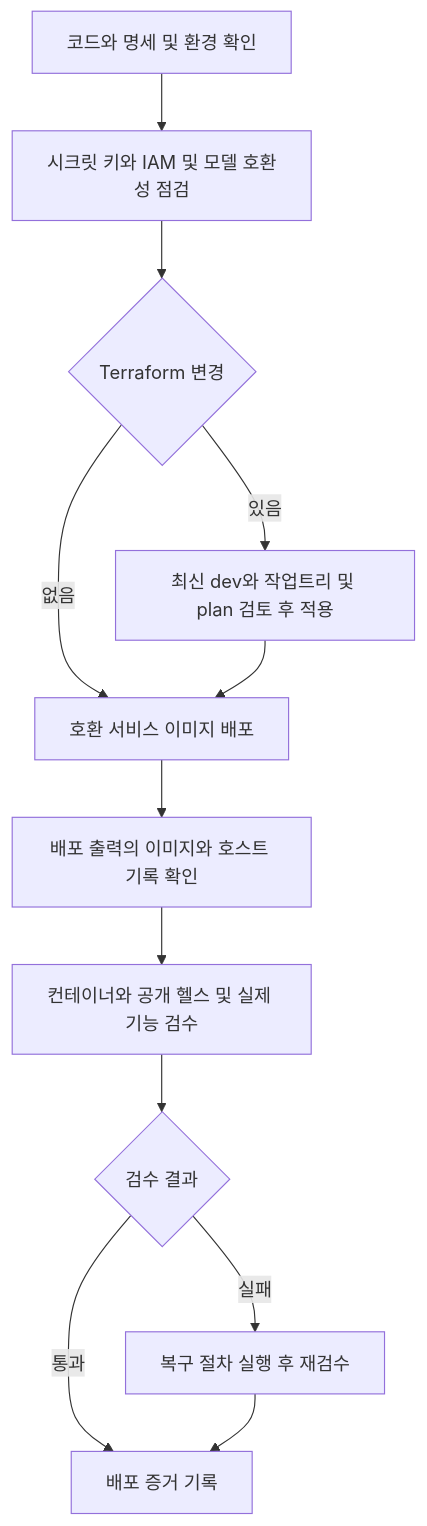
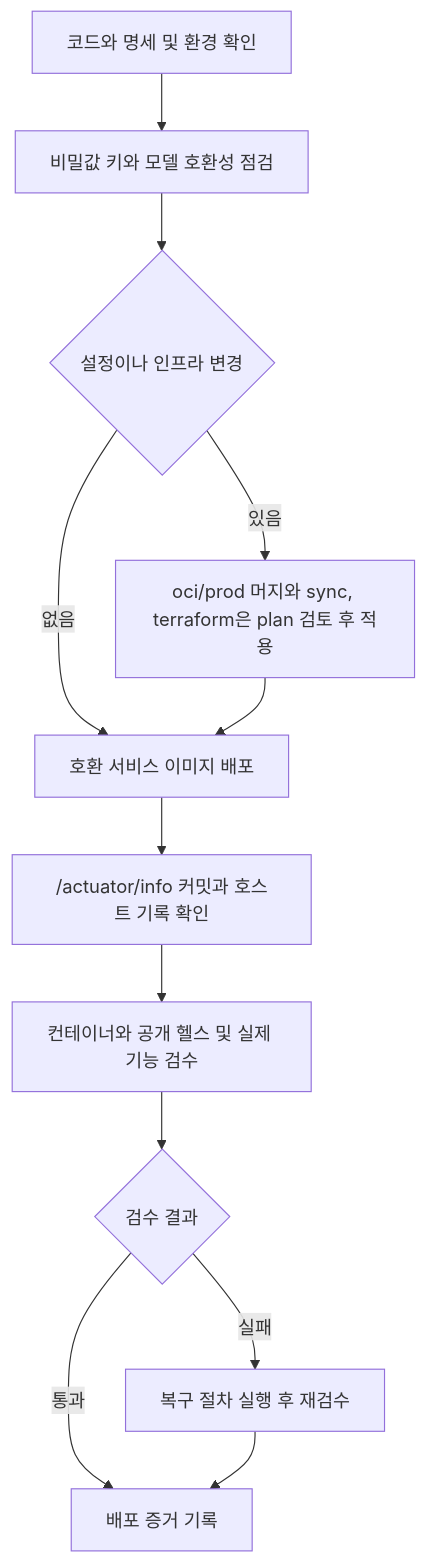
One commit to KIM-N-KANG/knk-harness changed the second of 5 diagrams in docs/operations/DEPLOYMENT.md. Above: the diagram before and after it, drawn with Mermaid. The commit also changed other lines of this file and 1 other file, not shown here.

Commit message:
[KNK-2140] Docs: 운영 배포 문서를 OCI 운영 호스트 기준으로 고치고 DPL-D09, D10을 더함

````diff
--- a/docs/operations/DEPLOYMENT.md
+++ b/docs/operations/DEPLOYMENT.md
@@ -218,14 +231,14 @@
 ```mermaid
 flowchart TD
-    A["코드와 명세 및 환경 확인"] --> B["시크릿 키와 IAM 및 모델 호환성 점검"]
-    B --> C{"Terraform 변경"}
-    C -->|있음| D["최신 dev와 작업트리 및 plan 검토 후 적용"]
+    A["코드와 명세 및 환경 확인"] --> B["비밀값 키와 모델 호환성 점검"]
+    B --> C{"설정이나 인프라 변경"}
+    C -->|있음| D["oci/prod 머지와 sync, terraform은 plan 검토 후 적용"]
     C -->|없음| E["호환 서비스 이미지 배포"]
     D --> E
-    E --> F["배포 출력의 이미지와 호스트 기록 확인"]
+    E --> F["/actuator/info 커밋과 호스트 기록 확인"]
     F --> G["컨테이너와 공개 헬스 및 실제 기능 검수"]
     G --> H{"검수 결과"}
     H -->|통과| I["배포 증거 기록"]
     H -->|실패| J["복구 절차 실행 후 재검수"]
     J --> I
 ```
````
